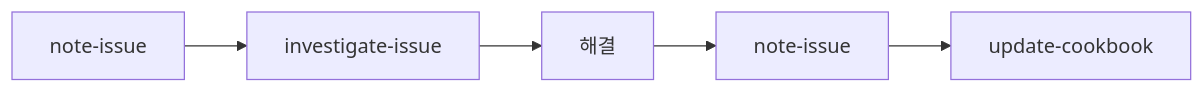
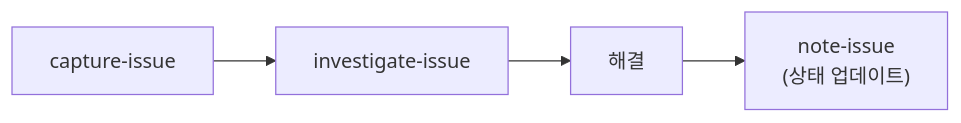
The third of 5 diagrams in .claude/commands/ops/README.adoc (flex-team/flex-oncall), drawn with Mermaid before and after one commit. The commit also changed other lines of this file and 1 other file, not shown here.

First line of the commit message:
📝 ops 커맨드 README.adoc + CLAUDE.md 업데이트

```diff
--- a/.claude/commands/ops/README.adoc
+++ b/.claude/commands/ops/README.adoc
@@ -193,8 +292,7 @@
 [mermaid]
 ....
 graph LR
-    A["note-issue"] --> B["investigate-issue"]
+    A["capture-issue"] --> B["investigate-issue"]
     B --> C["해결"]
-    C --> D["note-issue"]
-    D --> E["update-cookbook"]
+    C --> D["note-issue<br/>(상태 업데이트)"]
 ....
```
